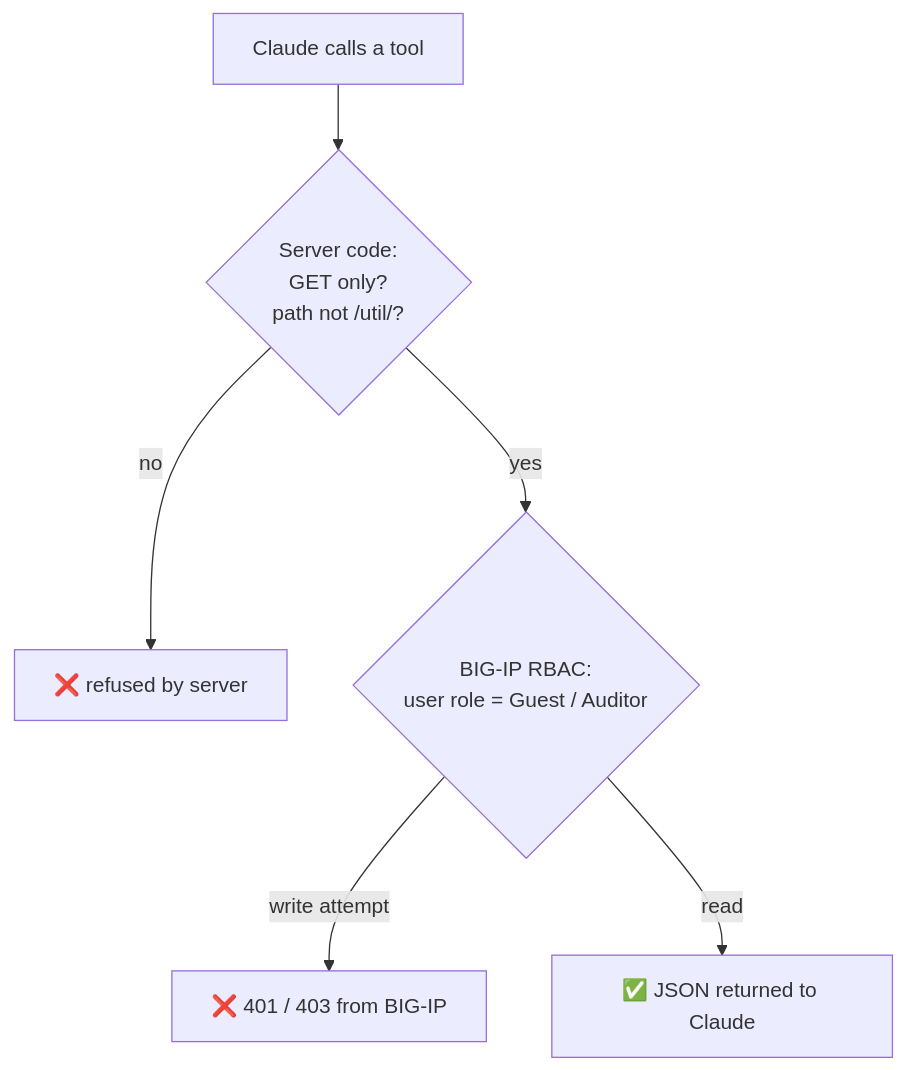
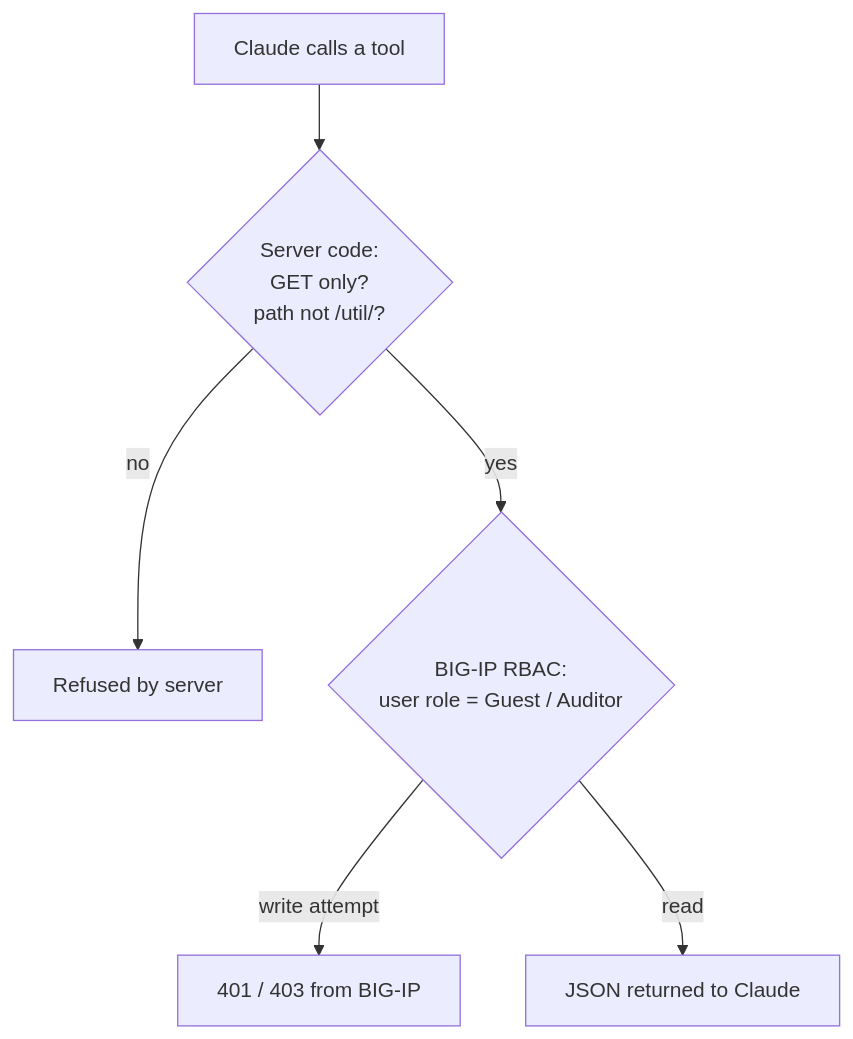
One commit to ChellaNetAI/f5-mcp-claude changed the fourth of 4 diagrams in README.md. Above: the diagram before and after it, drawn with Mermaid. The commit also changed other lines of this file, not shown here.

Commit message:
README: plain labels in diagrams
Claude-Session: https://claude.ai/code/session_01RWoB4m8vkAVsP4R3gHBve4

````diff
--- a/README.md
+++ b/README.md
@@ -95,8 +95,8 @@
 ```mermaid
 flowchart TD
     Q["Claude calls a tool"] --> G1{"Server code:<br/>GET only?<br/>path not /util/?"}
-    G1 -->|no| X1["❌ refused by server"]
+    G1 -->|no| X1["Refused by server"]
     G1 -->|yes| G2{"BIG-IP RBAC:<br/>user role = Guest / Auditor"}
-    G2 -->|"write attempt"| X2["❌ 401 / 403 from BIG-IP"]
-    G2 -->|read| OK["✅ JSON returned to Claude"]
+    G2 -->|"write attempt"| X2["401 / 403 from BIG-IP"]
+    G2 -->|read| OK["JSON returned to Claude"]
 ```
````
